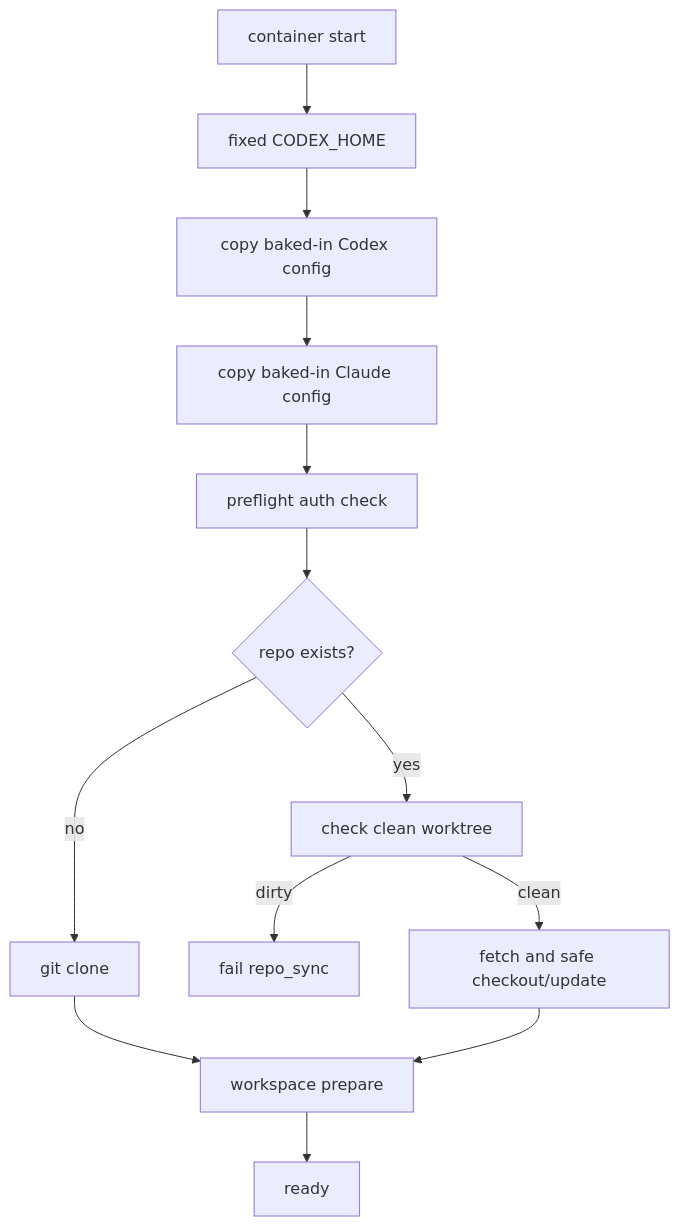
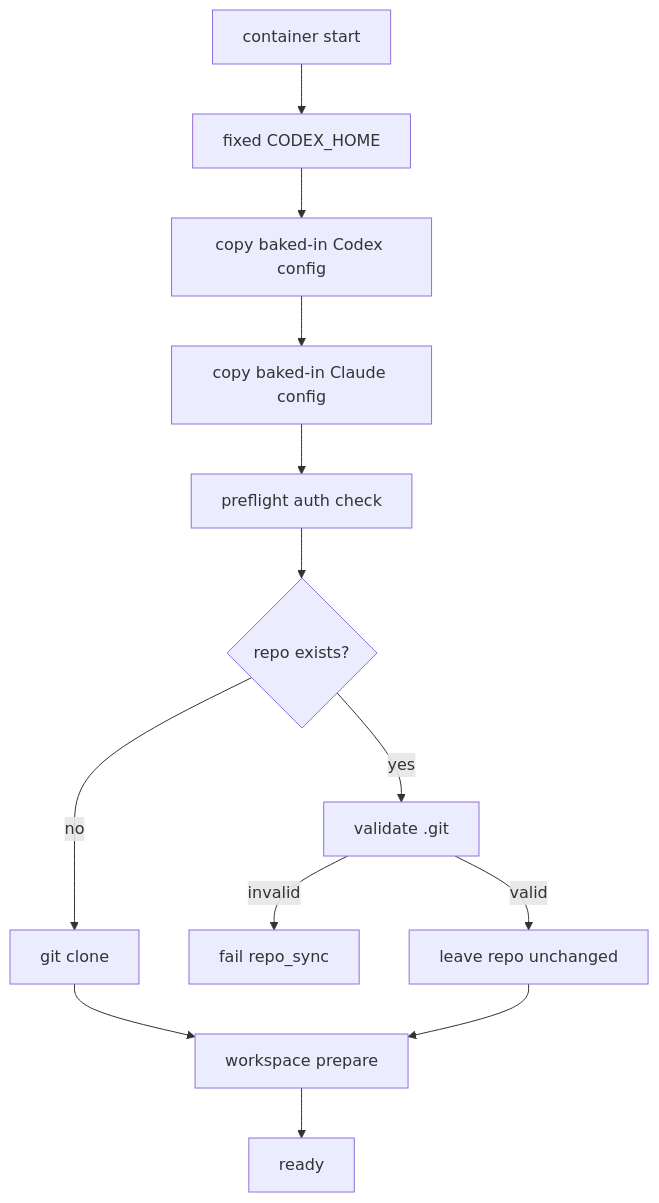
Before and after one commit to pandazxx/codex-slack: the second of 2 diagrams in docs/design/agent-runtime-cleanup-detailed-design.md, drawn with Mermaid. The commit also changed other lines of this file and 1 other file, not shown here.

Commit message:
docs: simplify runtime cleanup repo policy

````diff
--- a/docs/design/agent-runtime-cleanup-detailed-design.md
+++ b/docs/design/agent-runtime-cleanup-detailed-design.md
@@ -265,15 +263,15 @@
 ```mermaid
 flowchart TD
     A[container start] --> B[fixed CODEX_HOME]
     B --> C[copy baked-in Codex config]
     C --> D[copy baked-in Claude config]
     D --> E[preflight auth check]
     E --> F{repo exists?}
     F -->|no| G[git clone]
-    F -->|yes| H[check clean worktree]
-    H -->|dirty| I[fail repo_sync]
-    H -->|clean| J[fetch and safe checkout/update]
+    F -->|yes| H[validate .git]
+    H -->|invalid| I[fail repo_sync]
+    H -->|valid| J[leave repo unchanged]
     G --> K[workspace prepare]
     J --> K
     K --> L[ready]
 ```
````
